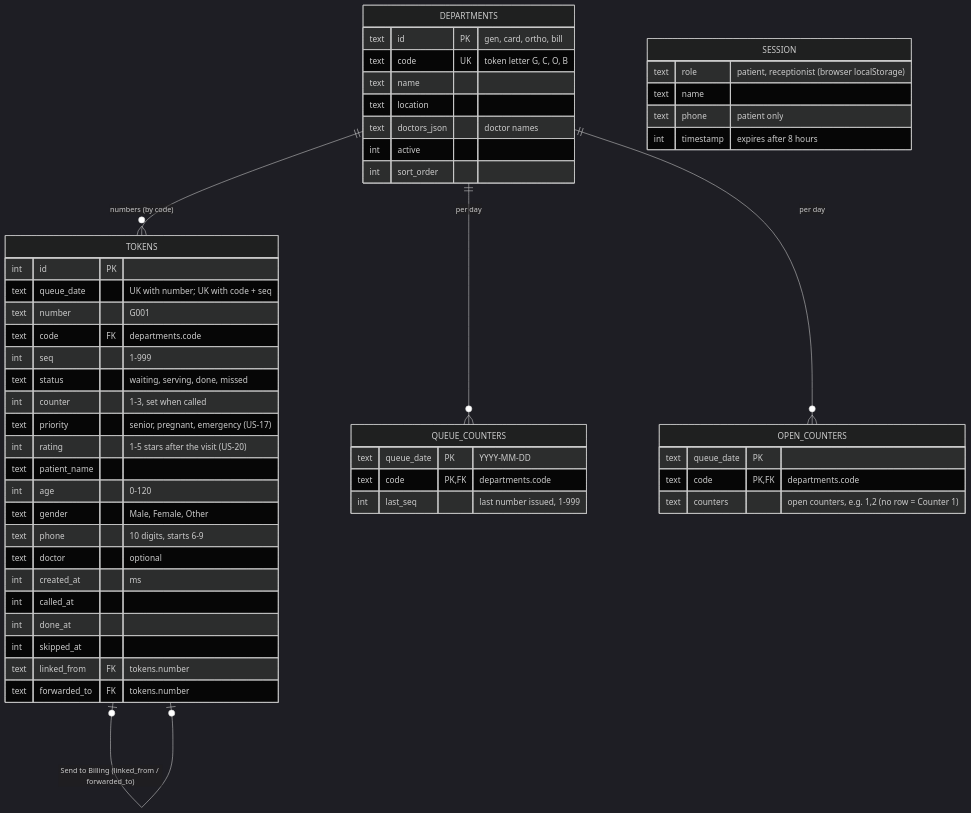
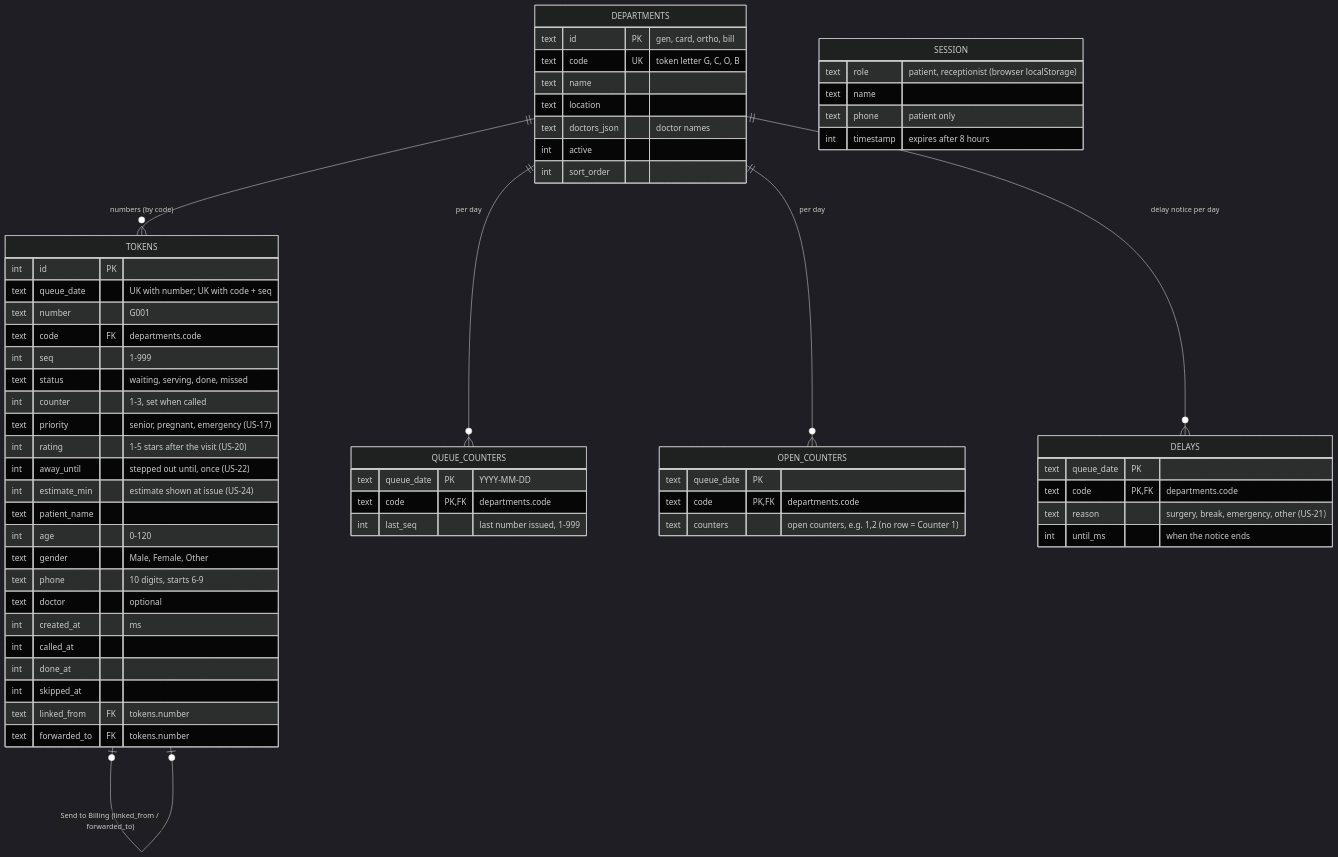
One commit to AshikAR-sys/CareQueue changed the second of 2 diagrams in docs/architecture/README.md. Above: the diagram before and after it, drawn with Mermaid (dark theme). The commit also changed other lines of this file and 23 other files, not shown here.

````diff
--- a/docs/architecture/README.md
+++ b/docs/architecture/README.md
@@ -98,55 +98,64 @@
 ```mermaid
 erDiagram
   DEPARTMENTS ||--o{ TOKENS : "numbers (by code)"
   DEPARTMENTS ||--o{ QUEUE_COUNTERS : "per day"
   DEPARTMENTS ||--o{ OPEN_COUNTERS : "per day"
+  DEPARTMENTS ||--o{ DELAYS : "delay notice per day"
   TOKENS |o--o| TOKENS : "Send to Billing (linked_from / forwarded_to)"
 
   DEPARTMENTS {
     text id PK "gen, card, ortho, bill"
     text code UK "token letter G, C, O, B"
     text name
     text location
     text doctors_json "doctor names"
     int active
     int sort_order
   }
   QUEUE_COUNTERS {
     text queue_date PK "YYYY-MM-DD"
     text code PK,FK "departments.code"
     int last_seq "last number issued, 1-999"
   }
+  DELAYS {
+    text queue_date PK
+    text code PK,FK "departments.code"
+    text reason "surgery, break, emergency, other (US-21)"
+    int until_ms "when the notice ends"
+  }
   OPEN_COUNTERS {
     text queue_date PK
     text code PK,FK "departments.code"
     text counters "open counters, e.g. 1,2 (no row = Counter 1)"
   }
   TOKENS {
     int id PK
     text queue_date "UK with number; UK with code + seq"
     text number "G001"
     text code FK "departments.code"
     int seq "1-999"
     text status "waiting, serving, done, missed"
     int counter "1-3, set when called"
     text priority "senior, pregnant, emergency (US-17)"
     int rating "1-5 stars after the visit (US-20)"
+    int away_until "stepped out until, once (US-22)"
+    int estimate_min "estimate shown at issue (US-24)"
     text patient_name
     int age "0-120"
     text gender "Male, Female, Other"
     text phone "10 digits, starts 6-9"
     text doctor "optional"
     int created_at "ms"
     int called_at
     int done_at
     int skipped_at
     text linked_from FK "tokens.number"
     text forwarded_to FK "tokens.number"
   }
   SESSION {
     text role "patient, receptionist (browser localStorage)"
     text name
     text phone "patient only"
     int timestamp "expires after 8 hours"
   }
 ```
````
